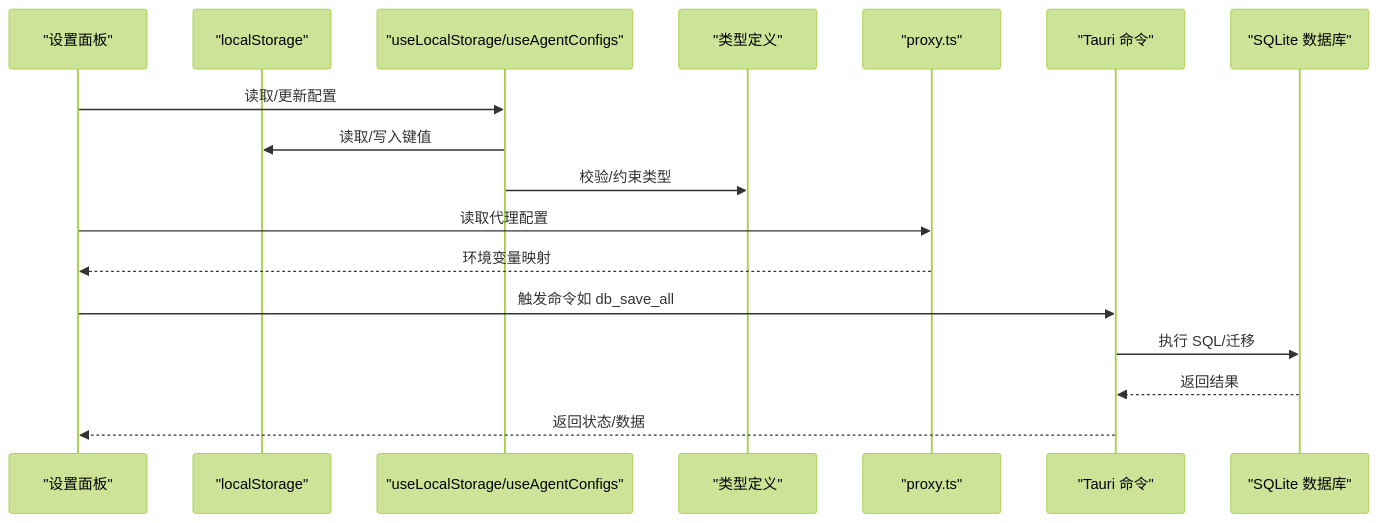
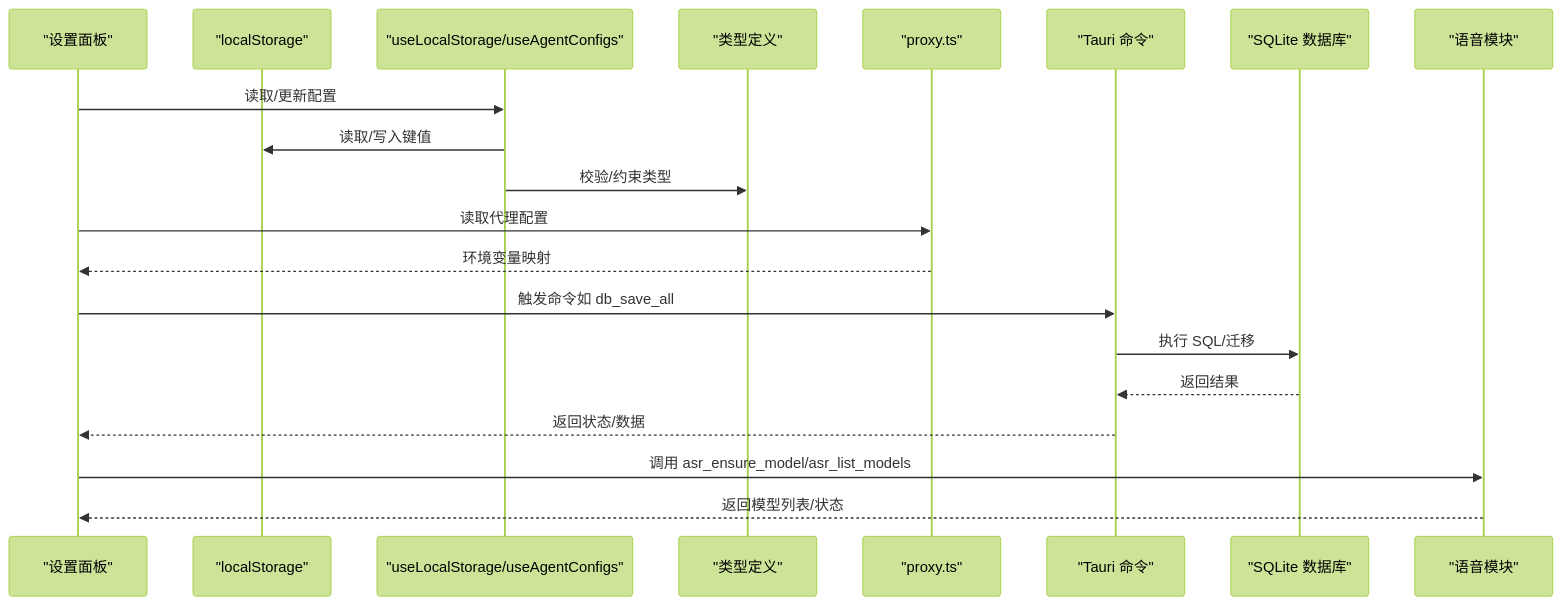
The second of 6 diagrams in .qoder/repowiki/zh/content/设置和配置/设置和配置.md (RabbitAI-Lab/RabbitCoding), drawn with Mermaid (forest theme) before and after one commit. The commit also changed other lines of this file and 88 other files, not shown here.

````diff
--- a/.qoder/repowiki/zh/content/设置和配置/设置和配置.md
+++ b/.qoder/repowiki/zh/content/设置和配置/设置和配置.md
@@ -142,19 +161,22 @@
 ```mermaid
 sequenceDiagram
 participant UI as "设置面板"
 participant LS as "localStorage"
 participant Hook as "useLocalStorage/useAgentConfigs"
 participant Types as "类型定义"
 participant Proxy as "proxy.ts"
 participant Tauri as "Tauri 命令"
 participant DB as "SQLite 数据库"
+participant Voice as "语音模块"
 UI->>Hook : 读取/更新配置
 Hook->>LS : 读取/写入键值
 Hook->>Types : 校验/约束类型
 UI->>Proxy : 读取代理配置
 Proxy-->>UI : 环境变量映射
 UI->>Tauri : 触发命令如 db_save_all
 Tauri->>DB : 执行 SQL/迁移
 DB-->>Tauri : 返回结果
 Tauri-->>UI : 返回状态/数据
+UI->>Voice : 调用 asr_ensure_model/asr_list_models
+Voice-->>UI : 返回模型列表/状态
 ```
````
